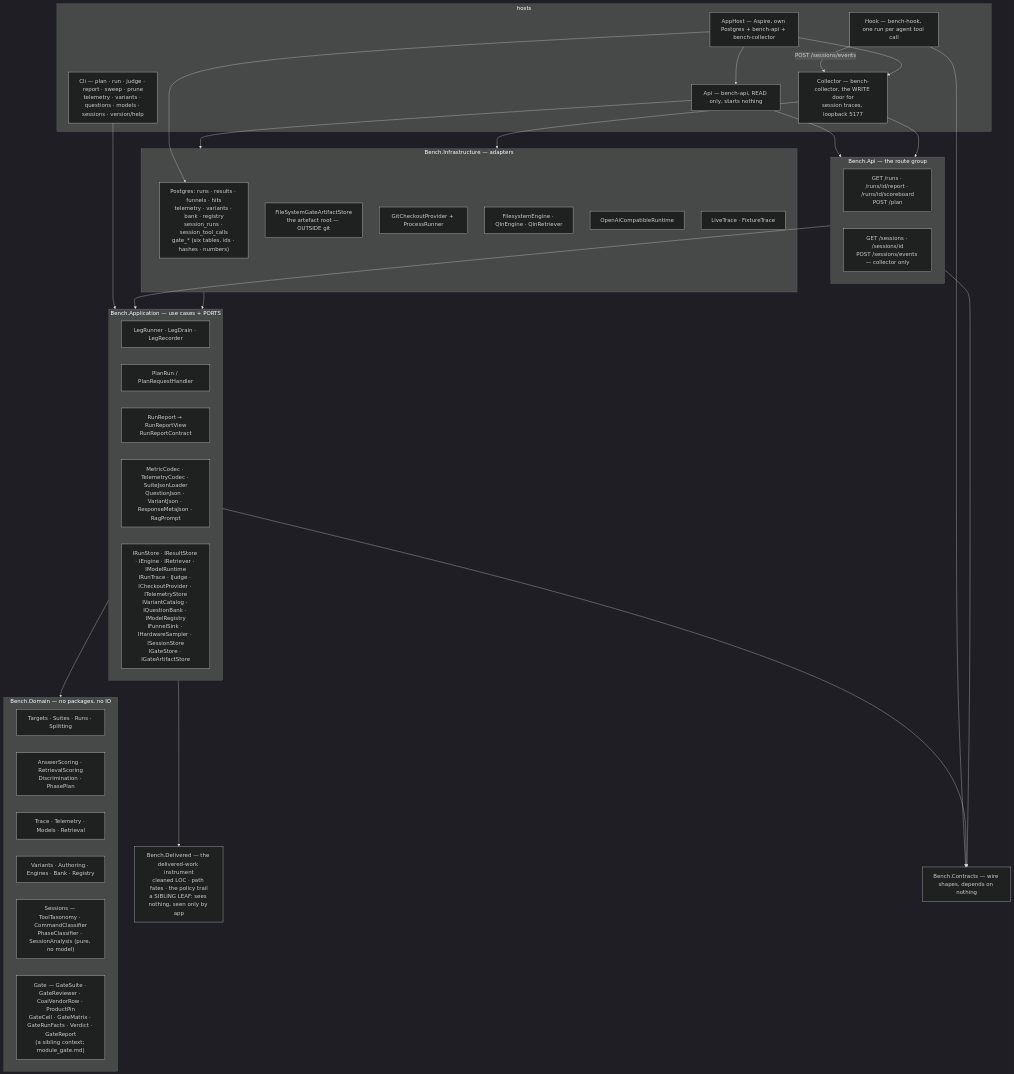
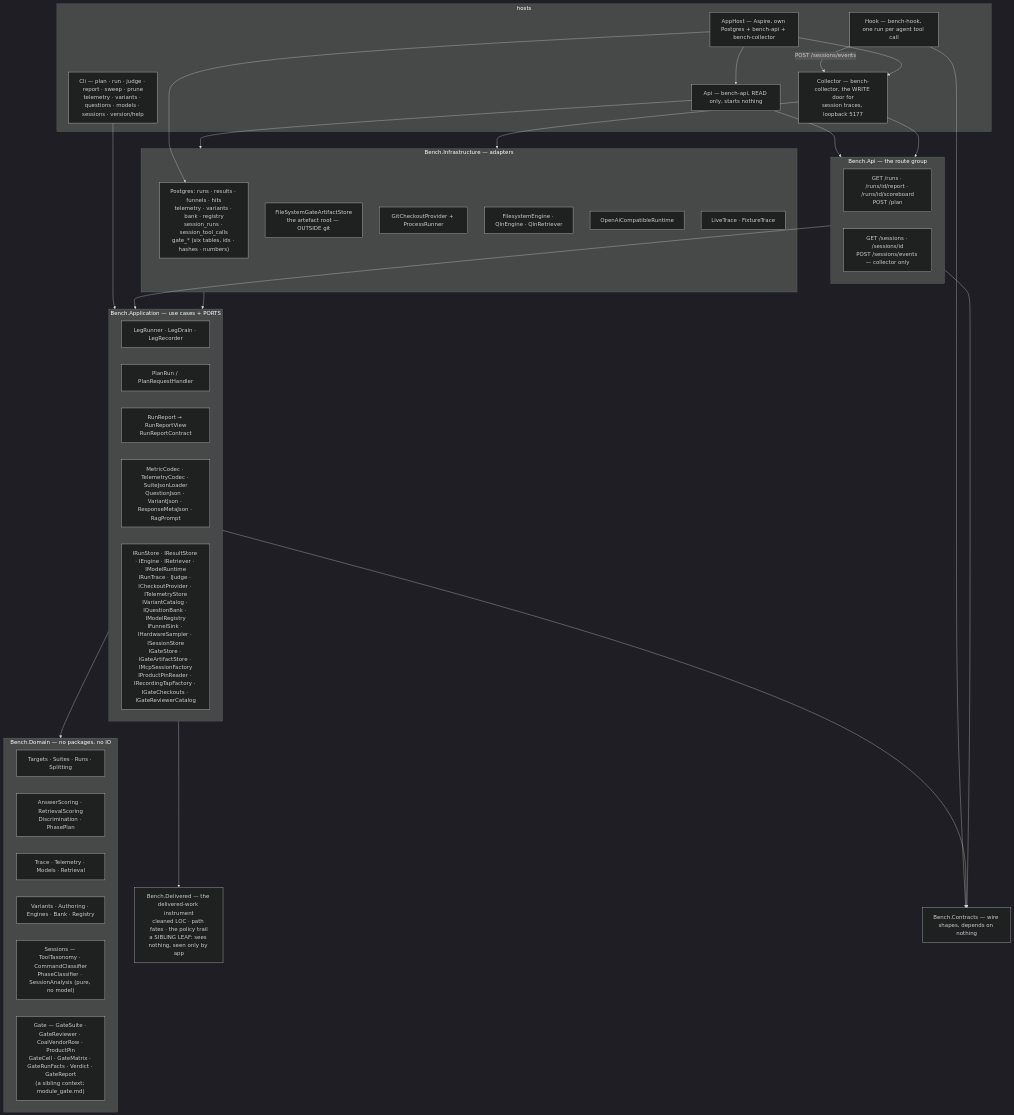
Before and after one commit to oleksandrdubyna88/dew_flow_benchmark: the first of 2 diagrams in research/architecture.md, drawn with Mermaid (dark theme). The commit also changed other lines of this file and 15 other files, not shown here.

````diff
--- a/research/architecture.md
+++ b/research/architecture.md
@@ -19,56 +19,56 @@
 ```mermaid
 flowchart TB
     subgraph hosts["hosts"]
         cli["Cli — plan · run · judge · report · sweep · prune<br/>telemetry · variants · questions · models · sessions · version/help"]
         apihost["Api — bench-api, READ only, starts nothing"]
         collector["Collector — bench-collector, the WRITE door for<br/>session traces, loopback 5177"]
         hook["Hook — bench-hook, one run per agent tool call"]
         apphost["AppHost — Aspire, own Postgres + bench-api + bench-collector"]
     end
     subgraph api["Bench.Api — the route group"]
         routes["GET /runs · /runs/id/report · /runs/id/scoreboard<br/>POST /plan"]
         sessionroutes["GET /sessions · /sessions/id<br/>POST /sessions/events — collector only"]
     end
     subgraph app["Bench.Application — use cases + PORTS"]
         runner["LegRunner · LegDrain · LegRecorder"]
         plan["PlanRun / PlanRequestHandler"]
         report["RunReport → RunReportView<br/>RunReportContract"]
         codecs["MetricCodec · TelemetryCodec · SuiteJsonLoader<br/>QuestionJson · VariantJson · ResponseMetaJson · RagPrompt"]
-        ports["IRunStore · IResultStore · IEngine · IRetriever · IModelRuntime<br/>IRunTrace · IJudge · ICheckoutProvider · ITelemetryStore<br/>IVariantCatalog · IQuestionBank · IModelRegistry<br/>IFunnelSink · IHardwareSampler · ISessionStore<br/>IGateStore · IGateArtifactStore"]
+        ports["IRunStore · IResultStore · IEngine · IRetriever · IModelRuntime<br/>IRunTrace · IJudge · ICheckoutProvider · ITelemetryStore<br/>IVariantCatalog · IQuestionBank · IModelRegistry<br/>IFunnelSink · IHardwareSampler · ISessionStore<br/>IGateStore · IGateArtifactStore · IMcpSessionFactory<br/>IProductPinReader · IRecordingTapFactory · IGateCheckouts · IGateReviewerCatalog"]
     end
     subgraph dom["Bench.Domain — no packages, no IO"]
         contract["Targets · Suites · Runs · Splitting"]
         scoring["AnswerScoring · RetrievalScoring<br/>Discrimination · PhasePlan"]
         obs["Trace · Telemetry · Models · Retrieval"]
         axes["Variants · Authoring · Engines · Bank · Registry"]
         sessions["Sessions — ToolTaxonomy · CommandClassifier<br/>PhaseClassifier · SessionAnalysis (pure, no model)"]
         gate["Gate — GateSuite · GateReviewer · CoaiVendorRow · ProductPin<br/>GateCell · GateMatrix · GateRunFacts · Verdict · GateReport<br/>(a sibling context; module_gate.md)"]
     end
     subgraph infra["Bench.Infrastructure — adapters"]
         pg["Postgres: runs · results · funnels · hits<br/>telemetry · variants · bank · registry<br/>session_runs · session_tool_calls<br/>gate_* (six tables, ids · hashes · numbers)"]
         artroot["FileSystemGateArtifactStore<br/>the artefact root — OUTSIDE git"]
         git["GitCheckoutProvider + ProcessRunner"]
         eng["FilesystemEngine · QlnEngine · QlnRetriever"]
         rt["OpenAiCompatibleRuntime"]
         tr["LiveTrace · FixtureTrace"]
     end
     contracts["Bench.Contracts — wire shapes, depends on nothing"]
     delivered["Bench.Delivered — the delivered-work instrument<br/>cleaned LOC · path fates · the policy trail<br/>a SIBLING LEAF: sees nothing, seen only by app"]
 
     cli --> app
     apihost --> api
     apihost --> infra
     collector --> api
     collector --> infra
     hook -- "POST /sessions/events" --> collector
     api --> app
     apphost --> pg
     apphost --> apihost
     apphost --> collector
     app --> dom
     app --> delivered
     infra --> app
     app --> contracts
     api --> contracts
     hook --> contracts
 ```
````
